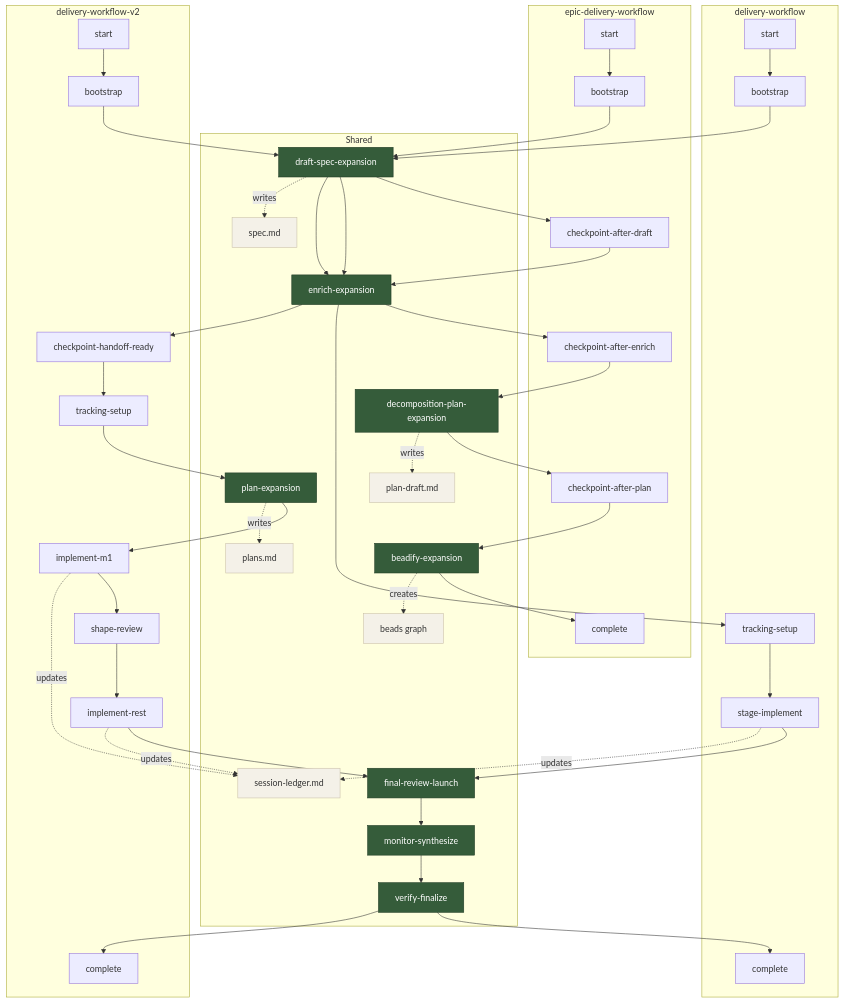
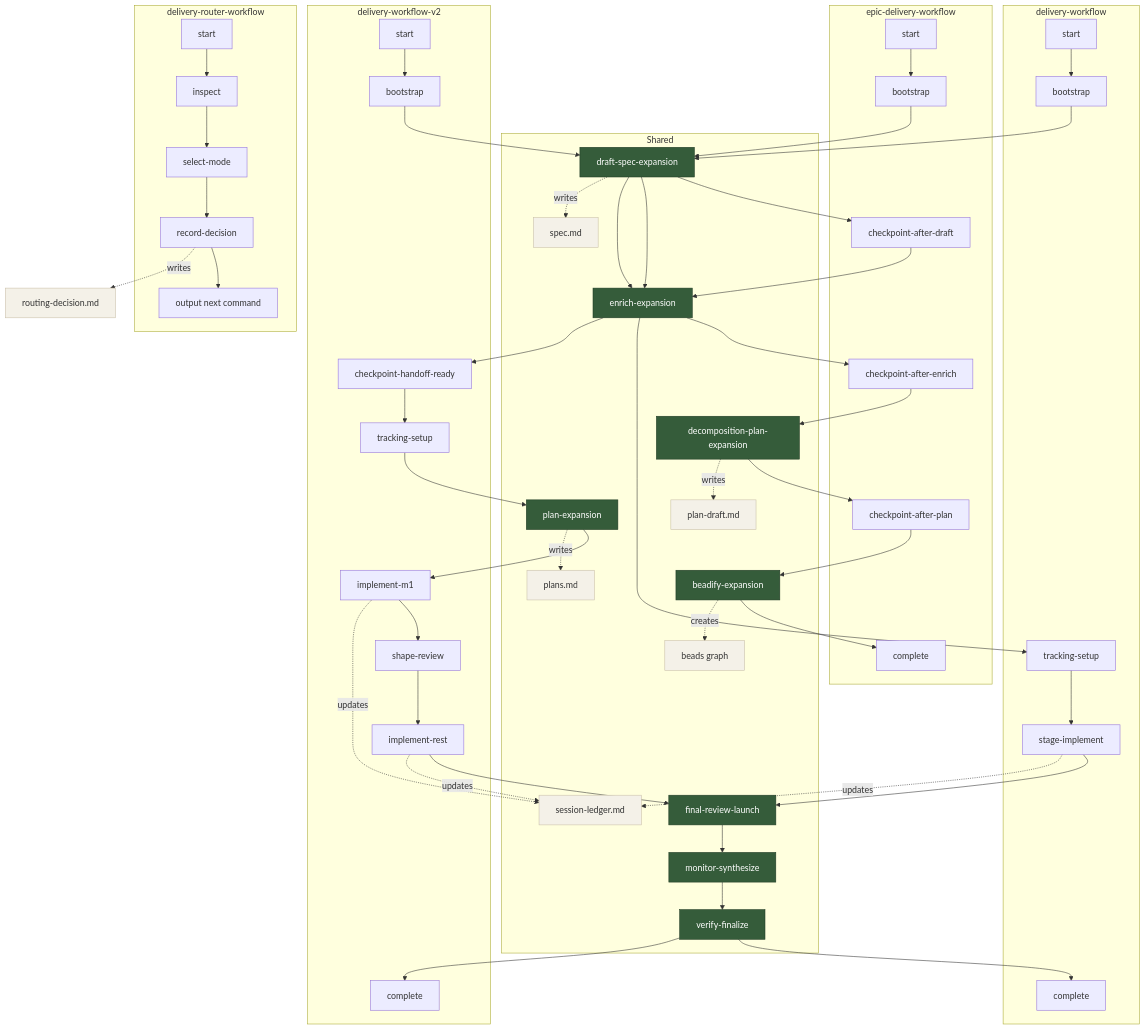
The diagram in gastown/beads/formulas/README.md (corymhall/toolkit), drawn with Mermaid before and after one commit. The commit also changed other lines of this file and 1 other file, not shown here.

Commit message:
formulas: add delivery router workflow

````diff
--- a/gastown/beads/formulas/README.md
+++ b/gastown/beads/formulas/README.md
@@ -90,6 +91,19 @@
         DW2_DONE["complete"]
     end
 
+    subgraph ROUTER["delivery-router-workflow"]
+        DR_START["start"]
+        DR_INSPECT["inspect"]
+        DR_SELECT["select-mode"]
+        DR_RECORD["record-decision"]
+        DR_DONE["output next command"]
+    end
+
+    DR_START --> DR_INSPECT
+    DR_INSPECT --> DR_SELECT
+    DR_SELECT --> DR_RECORD
+    DR_RECORD --> DR_DONE
+
     EDW_START --> EDW_BOOT
     EDW_BOOT --> DS
     DS --> EDW_C1
@@ -130,10 +144,11 @@
     DW_IMPL -. updates .-> LEDGER
     DW2_M1 -. updates .-> LEDGER
     DW2_REST -. updates .-> LEDGER
+    DR_RECORD -. writes .-> ROUTE["routing-decision.md"]
 
     classDef shared fill:#355c3a,color:#fff,stroke:#1f3a24,stroke-width:1px;
     classDef artifact fill:#f4f1e8,color:#333,stroke:#c9bfa8,stroke-width:1px;
 
     class DS,EN,DP,PL,BD,FR,MS,VF shared;
-    class SPEC,PLAN_DRAFT,PLANS,BEADS,LEDGER artifact;
+    class SPEC,PLAN_DRAFT,PLANS,BEADS,LEDGER,ROUTE artifact;
 ```
````
